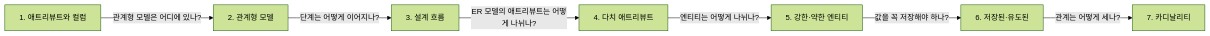
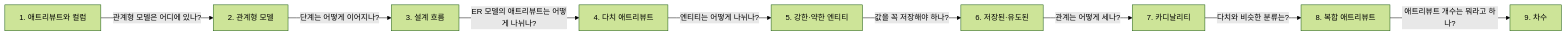
The diagram in 2026/November/11-04.md (ChildrenAon/TIL), drawn with Mermaid (forest theme) before and after one commit. The commit also changed other lines of this file and 2 other files, not shown here.

Commit message:
til: 2026-11-04 복합 애트리뷰트, 차수

````diff
--- a/2026/November/11-04.md
+++ b/2026/November/11-04.md
@@ -16,9 +18,11 @@
 ```mermaid
 flowchart LR
   A["1. 애트리뷰트와 컬럼"] -->|"관계형 모델은 어디에 있나?"| B["2. 관계형 모델"]
   B -->|"단계는 어떻게 이어지나?"| C["3. 설계 흐름"]
   C -->|"ER 모델의 애트리뷰트는 어떻게 나뉘나?"| D["4. 다치 애트리뷰트"]
   D -->|"엔티티는 어떻게 나뉘나?"| E["5. 강한·약한 엔티티"]
   E -->|"값을 꼭 저장해야 하나?"| F["6. 저장된·유도된"]
   F -->|"관계는 어떻게 세나?"| G["7. 카디날리티"]
+  G -->|"다치와 비슷한 분류는?"| H["8. 복합 애트리뷰트"]
+  H -->|"애트리뷰트 개수는 뭐라고 하나?"| I["9. 차수"]
 ```
````
